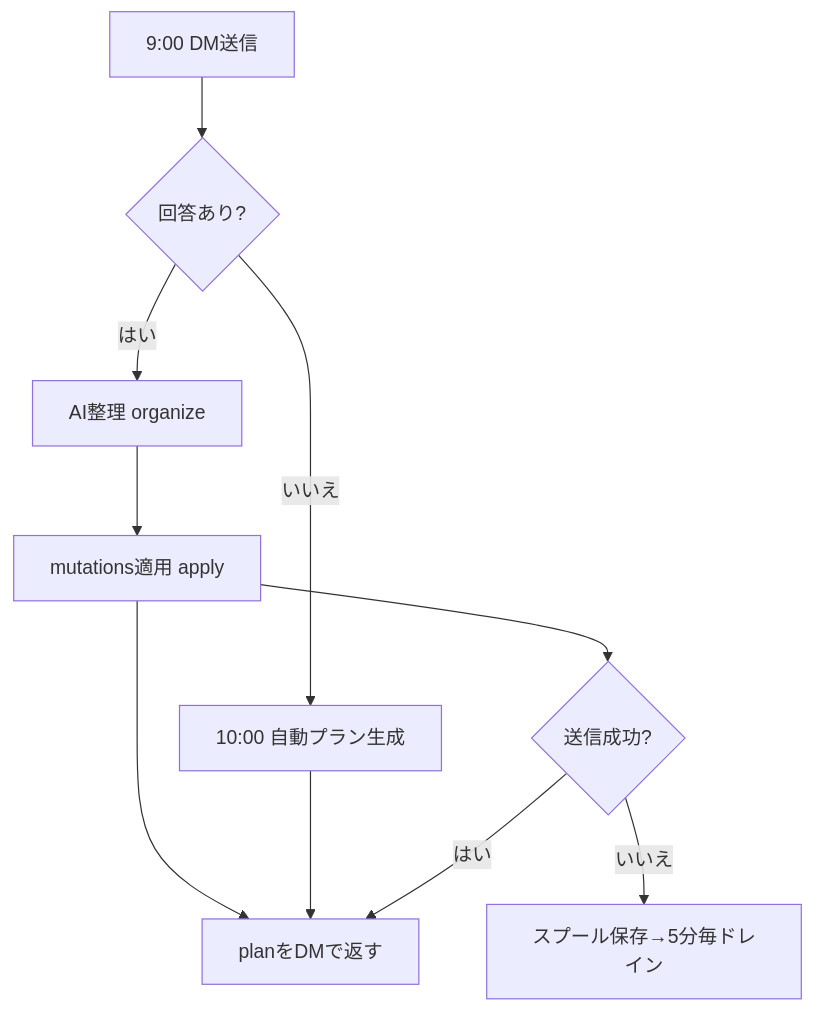
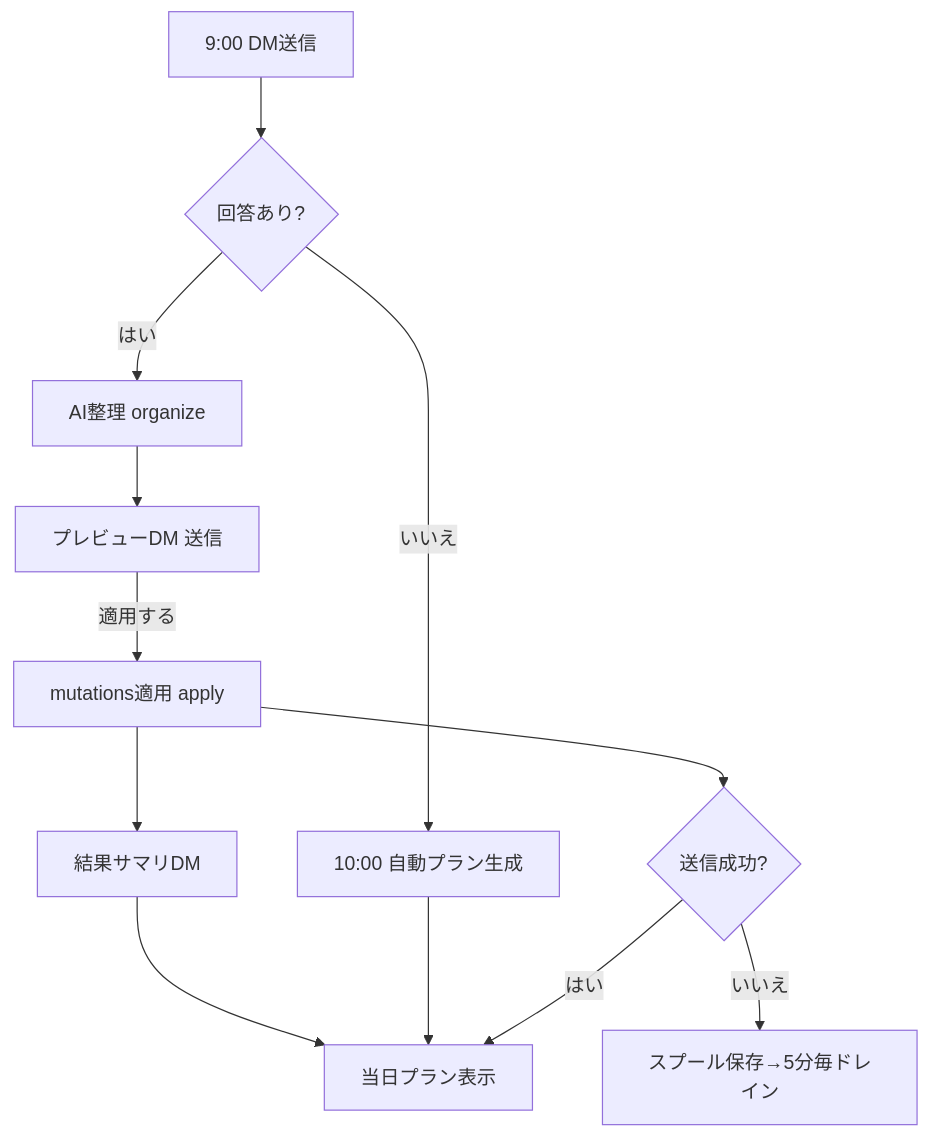
One commit to n2o0vhukut/taskFlow changed the sixth of 7 diagrams in docs/ARCHITECTURE.md. Above: the diagram before and after it, drawn with Mermaid. The commit also changed other lines of this file and 4 other files, not shown here.

````diff
--- a/docs/ARCHITECTURE.md
+++ b/docs/ARCHITECTURE.md
@@ -257,12 +262,14 @@
 ```mermaid
 flowchart TD
   A[9:00 DM送信] --> B{回答あり?}
   B -- はい --> C[AI整理 organize]
-  C --> D[mutations適用 apply]
-  D --> E[planをDMで返す]
+  C --> P[プレビューDM 送信]
+  P -->|適用する| D[mutations適用 apply]
+  D --> S[結果サマリDM]
+  S --> E[当日プラン表示]
   B -- いいえ --> F[10:00 自動プラン生成]
   F --> E
   D --> G{送信成功?}
   G -- いいえ --> H[スプール保存→5分毎ドレイン]
   G -- はい --> E
 ```
````
